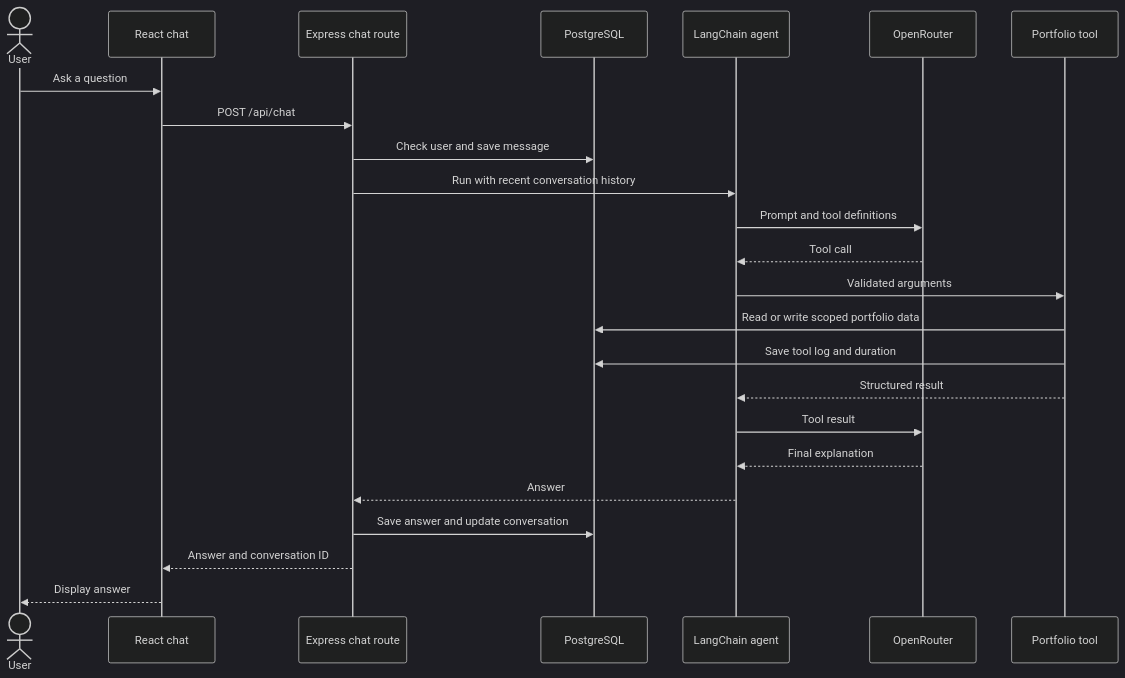
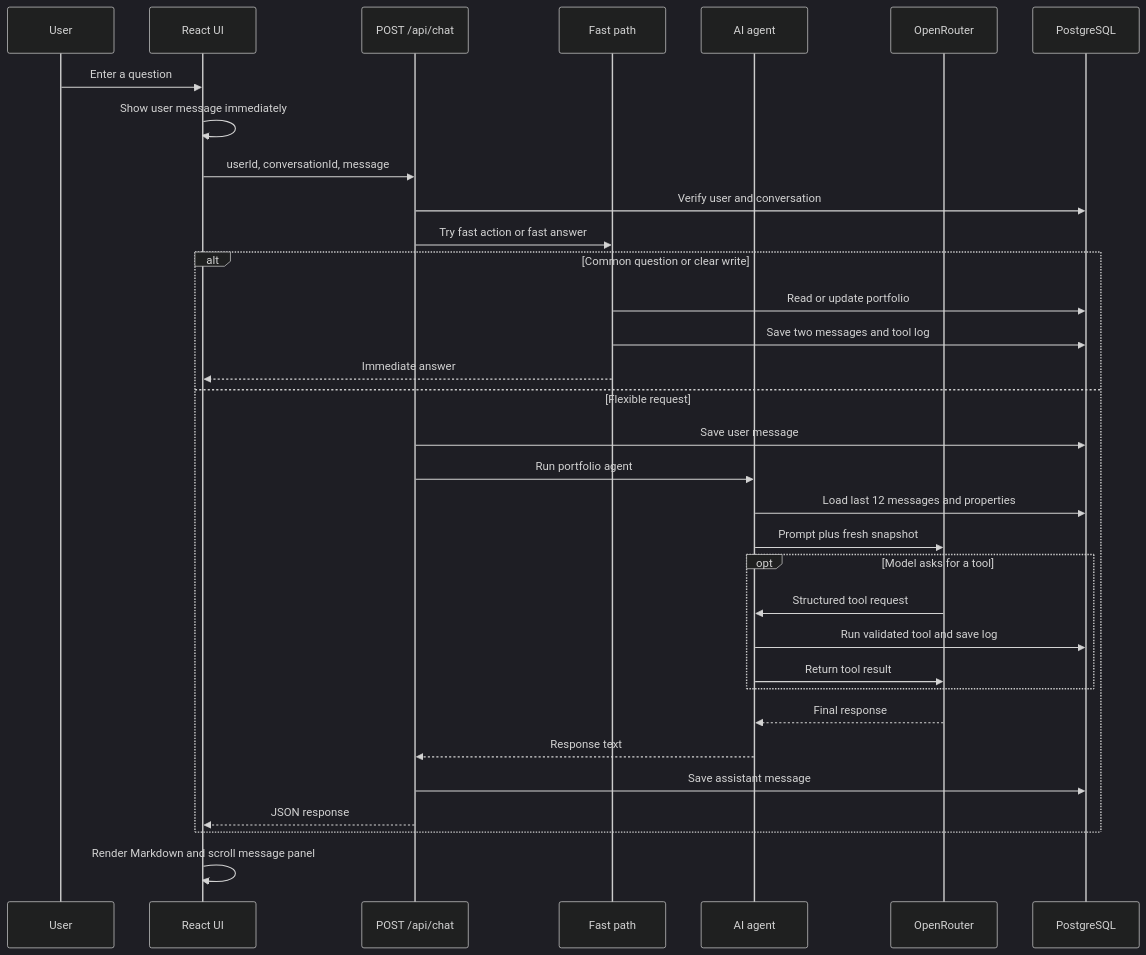
One commit to chirag-singhh/Assignment changed the third of 4 diagrams in README.md. Above: the diagram before and after it, drawn with Mermaid (dark theme). The commit also changed other lines of this file and 2 other files, not shown here.

````diff
--- a/README.md
+++ b/README.md
@@ -70,26 +295,36 @@
 ```mermaid
 sequenceDiagram
-    actor User
-    participant UI as React chat
-    participant API as Express chat route
-    participant DB as PostgreSQL
-    participant Agent as LangChain agent
-    participant Model as OpenRouter
-    participant Tool as Portfolio tool
-    User->>UI: Ask a question
-    UI->>API: POST /api/chat
-    API->>DB: Check user and save message
-    API->>Agent: Run with recent conversation history
-    Agent->>Model: Prompt and tool definitions
-    Model-->>Agent: Tool call
-    Agent->>Tool: Validated arguments
-    Tool->>DB: Read or write scoped portfolio data
-    Tool->>DB: Save tool log and duration
-    Tool-->>Agent: Structured result
-    Agent->>Model: Tool result
-    Model-->>Agent: Final explanation
-    Agent-->>API: Answer
-    API->>DB: Save answer and update conversation
-    API-->>UI: Answer and conversation ID
-    UI-->>User: Display answer
+    participant U as User
+    participant R as React UI
+    participant C as POST /api/chat
+    participant F as Fast path
+    participant A as AI agent
+    participant O as OpenRouter
+    participant P as PostgreSQL
+
+    U->>R: Enter a question
+    R->>R: Show user message immediately
+    R->>C: userId, conversationId, message
+    C->>P: Verify user and conversation
+    C->>F: Try fast action or fast answer
+    alt Common question or clear write
+        F->>P: Read or update portfolio
+        F->>P: Save two messages and tool log
+        F-->>R: Immediate answer
+    else Flexible request
+        C->>P: Save user message
+        C->>A: Run portfolio agent
+        A->>P: Load last 12 messages and properties
+        A->>O: Prompt plus fresh snapshot
+        opt Model asks for a tool
+            O->>A: Structured tool request
+            A->>P: Run validated tool and save log
+            A->>O: Return tool result
+        end
+        O-->>A: Final response
+        A-->>C: Response text
+        C->>P: Save assistant message
+        C-->>R: JSON response
+    end
+    R->>R: Render Markdown and scroll message panel
 ```
````
